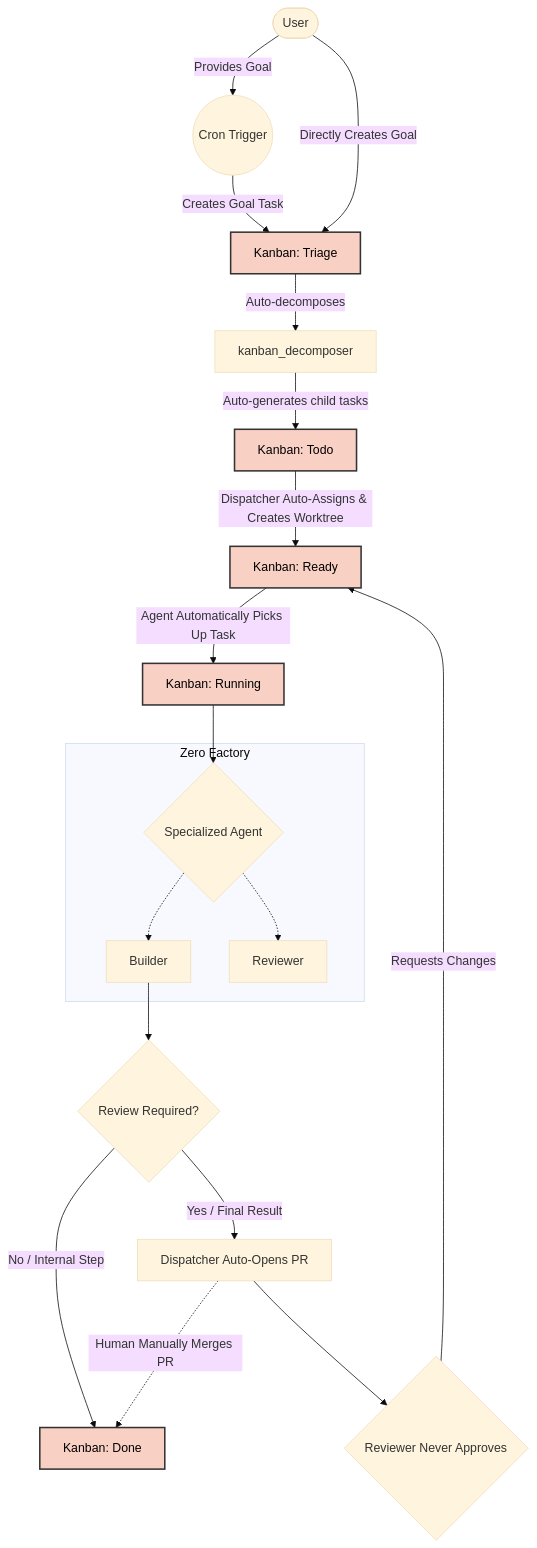
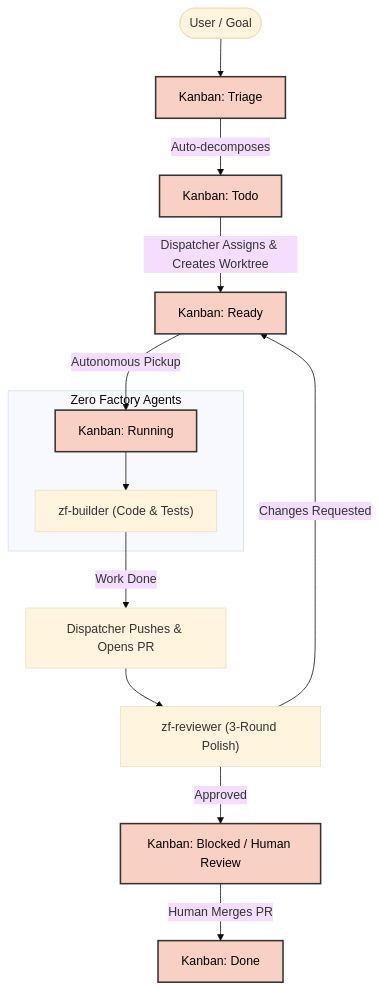
Before and after one commit to hotcode-dev/zerofactory: the diagram in README.md, drawn with Mermaid (base theme). The commit also changed other lines of this file and 42 other files, not shown here.

````diff
--- a/README.md
+++ b/README.md
@@ -34,35 +5,19 @@
 ```mermaid
 graph TD
     classDef kanban fill:#f9d0c4,stroke:#333,stroke-width:2px,color:#000;
     
-    User([User]) -->|Provides Goal| Cron((Cron Trigger))
-    Cron -->|Creates Goal Task| Triage[Kanban: Triage]:::kanban
+    User([User / Goal]) --> Triage[Kanban: Triage]:::kanban
+    Triage -->|Auto-decomposes| Todo[Kanban: Todo]:::kanban
+    Todo -->|Dispatcher Assigns & Creates Worktree| Ready[Kanban: Ready]:::kanban
+    Ready -->|Autonomous Pickup| Running[Kanban: Running]:::kanban
     
-    User -->|Directly Creates Goal| Triage
-    
-    Triage -->|Auto-decomposes| Decomposer[kanban_decomposer]
-    Decomposer -->|Auto-generates child tasks| Todo[Kanban: Todo]:::kanban
-    
-    Todo -->|Dispatcher Auto-Assigns & Creates Worktree| Ready[Kanban: Ready]:::kanban
-    
-    Ready -->|Agent Automatically Picks Up Task| Running[Kanban: Running]:::kanban
-    
-    Running --> AgentWork{Specialized Agent}
-    
-    subgraph Zero Factory
-        AgentWork -.-> Builder
-        AgentWork -.-> Reviewer
+    subgraph Zero Factory Agents
+        Running --> Builder["zf-builder (Code & Tests)"]
     end
     
-    Builder --> TaskComplete
-    
-    TaskComplete{Review Required?}
-    TaskComplete -->|No / Internal Step| Done[Kanban: Done]:::kanban
-    
-    TaskComplete -->|Yes / Final Result| PR[Dispatcher Auto-Opens PR]
-    
-    PR --> ReviewerLoop{Reviewer Never Approves}
-    ReviewerLoop -->|Requests Changes| Ready
-    
-    PR -.->|Human Manually Merges PR| Done
+    Builder -->|Work Done| PR[Dispatcher Pushes & Opens PR]
+    PR --> Reviewer["zf-reviewer (3-Round Polish)"]
+    Reviewer -->|Changes Requested| Ready
+    Reviewer -->|Approved| Blocked[Kanban: Blocked / Human Review]:::kanban
+    Blocked -->|Human Merges PR| Done[Kanban: Done]:::kanban
 ```
````
